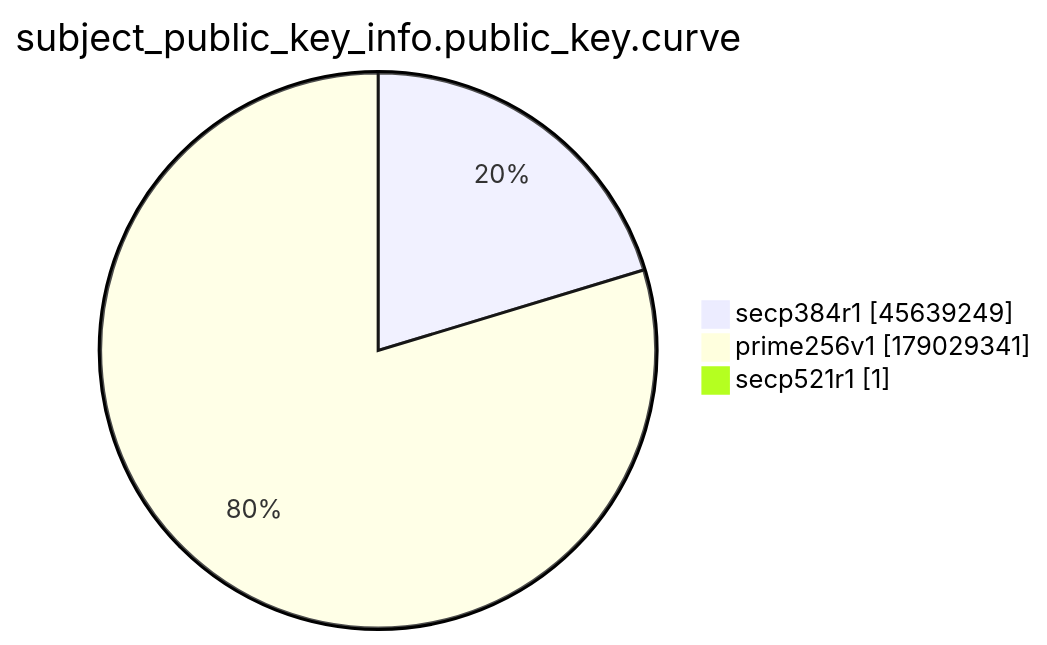
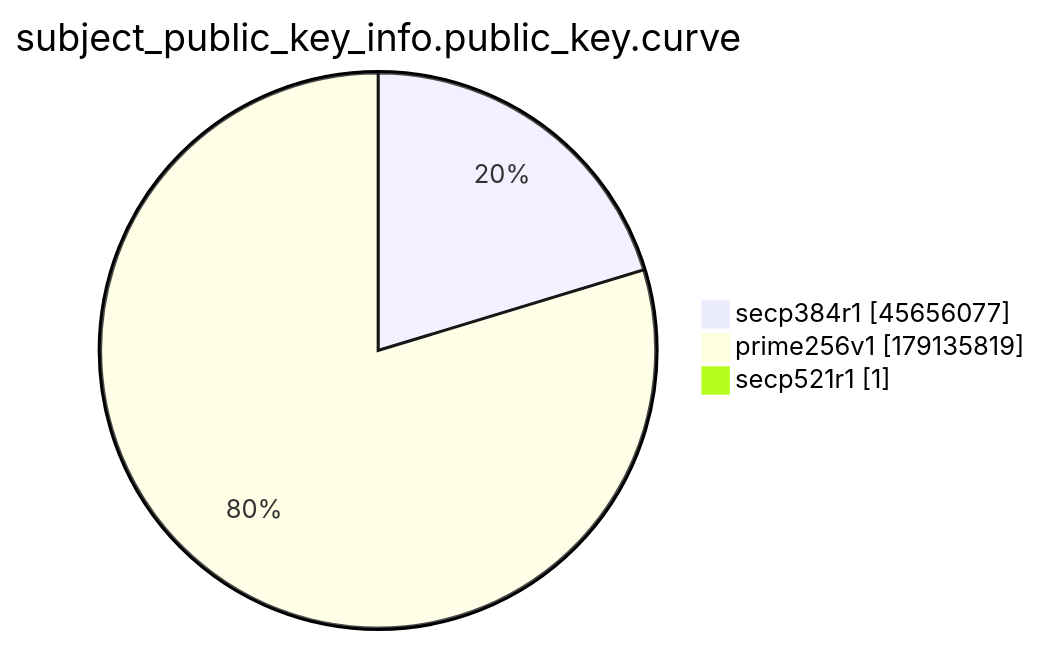
Before and after one commit to christiankrug/ctmonitor_visualization: the ninth of 15 diagrams in xenon2022/README.md, drawn with Mermaid. The commit also changed other lines of this file, not shown here.

````diff
--- a/xenon2022/README.md
+++ b/xenon2022/README.md
@@ -2873,7 +2873,7 @@
 ```mermaid
 pie showData
 title subject_public_key_info.public_key.curve
-"secp384r1" :45639249
-"prime256v1" :179029341
+"secp384r1" :45656077
+"prime256v1" :179135819
 "secp521r1" :1
 ```
````
